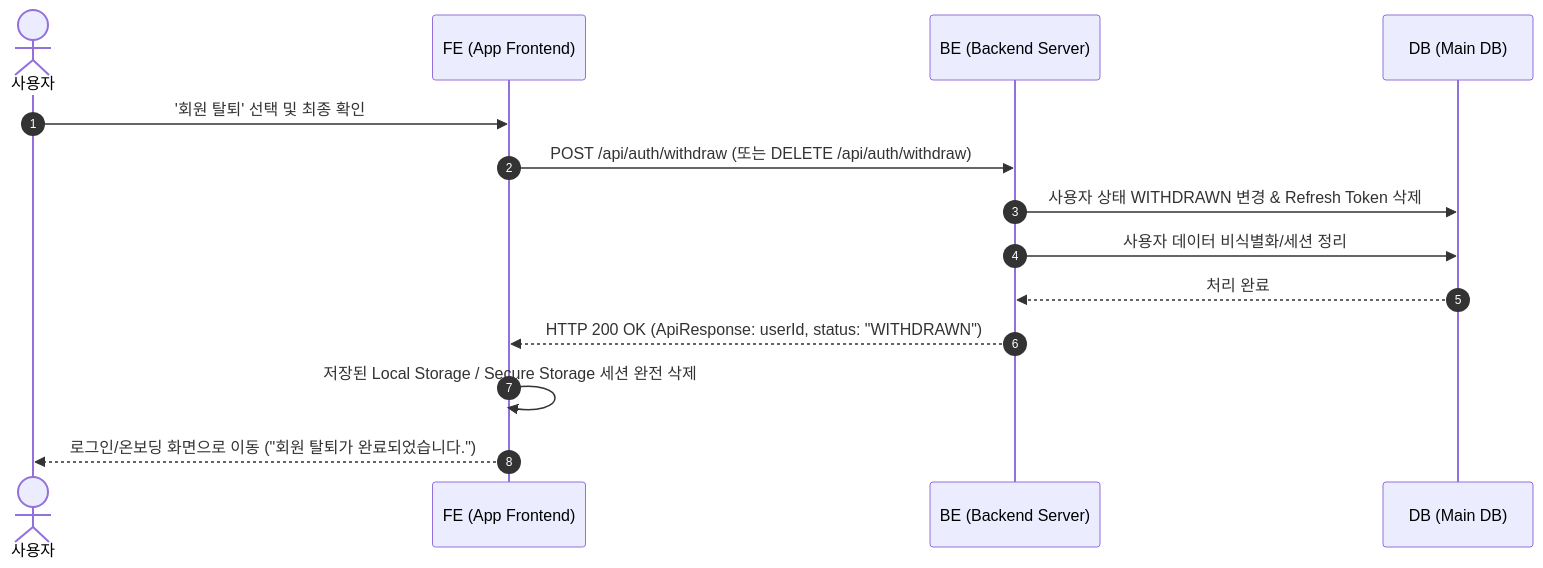
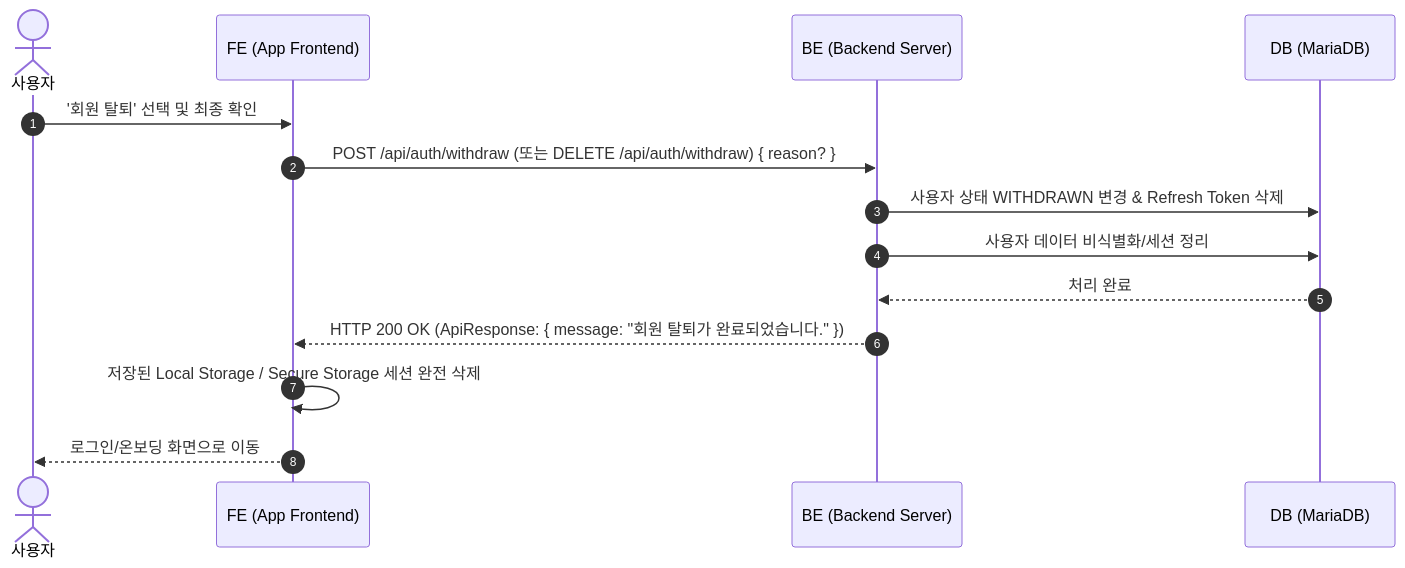
Before and after one commit to wooddang-gachon/NASA_backEnd: the tenth of 13 diagrams in docs/2. v3/4. Sequence Diagram.md, drawn with Mermaid. The commit also changed other lines of this file and 67 other files, not shown here.

````diff
--- a/docs/2. v3/4. Sequence Diagram.md
+++ b/docs/2. v3/4. Sequence Diagram.md
@@ -252,17 +342,17 @@
 ```mermaid
 sequenceDiagram
     autonumber
     actor User as 사용자
     participant FE as FE (App Frontend)
     participant BE as BE (Backend Server)
-    participant DB as DB (Main DB)
+    participant DB as DB (MariaDB)
 
     User->>FE: '회원 탈퇴' 선택 및 최종 확인
-    FE->>BE: POST /api/auth/withdraw (또는 DELETE /api/auth/withdraw)
+    FE->>BE: POST /api/auth/withdraw (또는 DELETE /api/auth/withdraw) { reason? }
     BE->>DB: 사용자 상태 WITHDRAWN 변경 & Refresh Token 삭제
     BE->>DB: 사용자 데이터 비식별화/세션 정리
     DB-->>BE: 처리 완료
-    BE-->>FE: HTTP 200 OK (ApiResponse: userId, status: "WITHDRAWN")
+    BE-->>FE: HTTP 200 OK (ApiResponse: { message: "회원 탈퇴가 완료되었습니다." })
     FE->>FE: 저장된 Local Storage / Secure Storage 세션 완전 삭제
-    FE-->>User: 로그인/온보딩 화면으로 이동 ("회원 탈퇴가 완료되었습니다.")
+    FE-->>User: 로그인/온보딩 화면으로 이동
 ```
````
